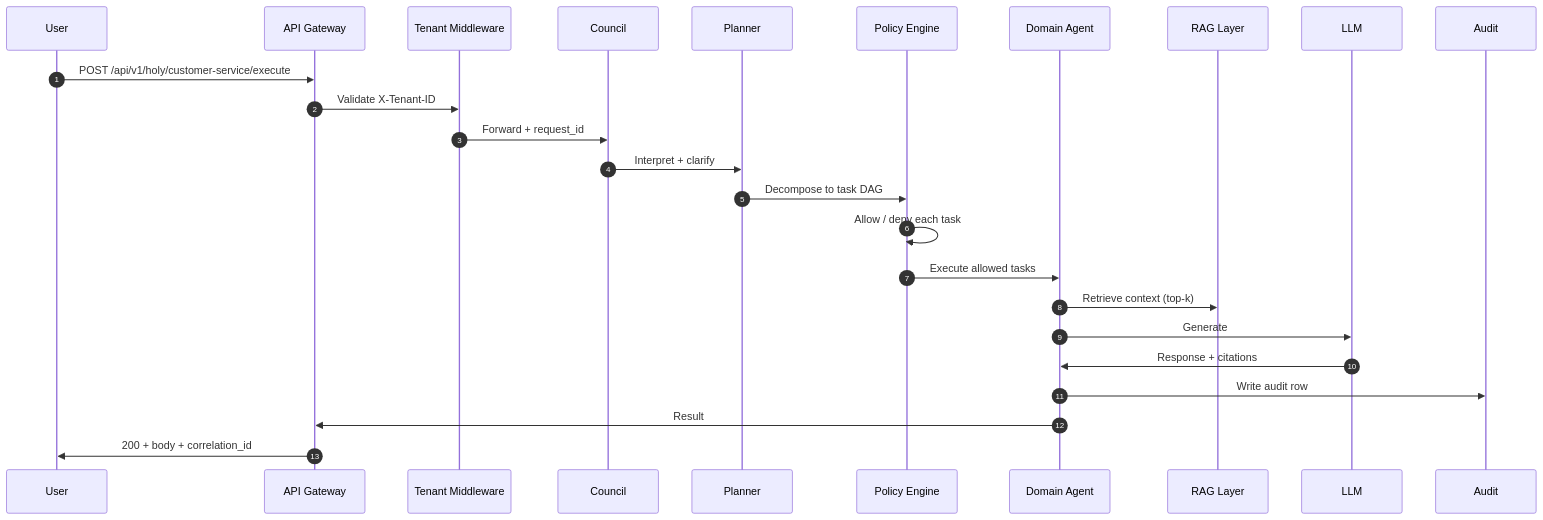
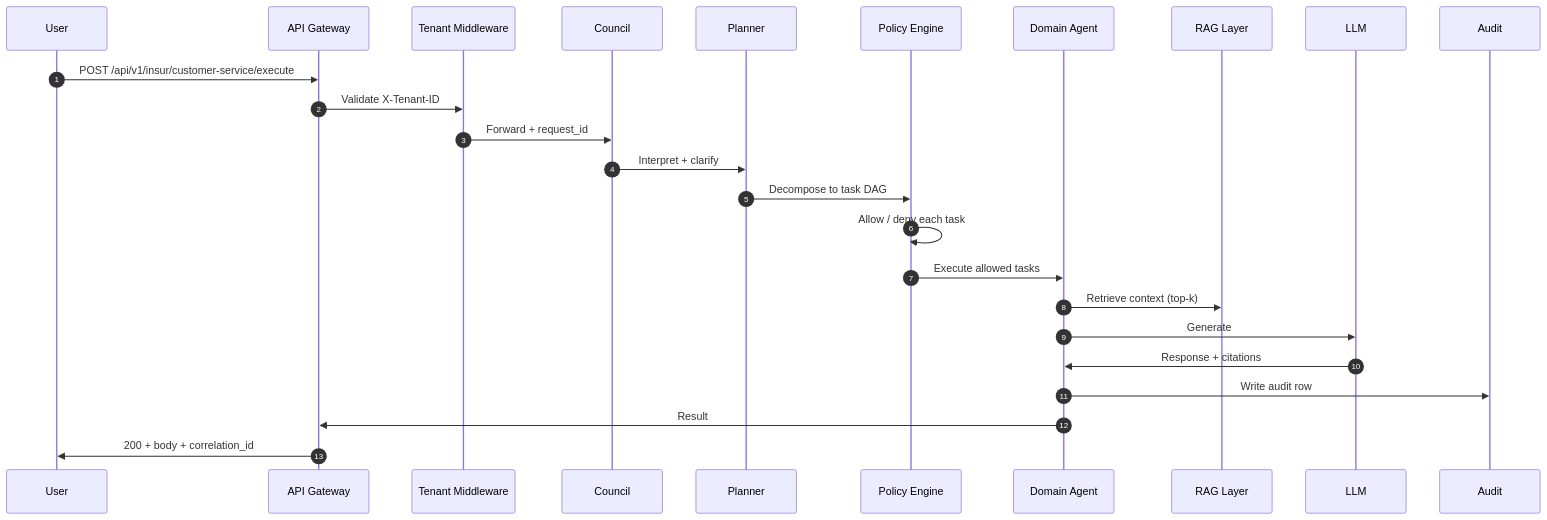
Before and after one commit to PraveenAsthana123/insurance: the second of 2 diagrams in global-ai-org/departments/customer-service/business-layer/INSUR_ARCHITECTURE_FLOW.md, drawn with Mermaid. The commit also changed 974 other files, not shown here.

````diff
--- a/global-ai-org/departments/customer-service/business-layer/INSUR_ARCHITECTURE_FLOW.md
+++ b/global-ai-org/departments/customer-service/business-layer/INSUR_ARCHITECTURE_FLOW.md
@@ -89,28 +89,28 @@
 ```mermaid
 sequenceDiagram
     autonumber
     participant U as User
     participant GW as API Gateway
     participant TM as Tenant Middleware
     participant CO as Council
     participant PL as Planner
     participant PO as Policy Engine
     participant DA as Domain Agent
     participant RAG as RAG Layer
     participant LLM as LLM
     participant AU as Audit
 
-    U->>GW: POST /api/v1/holy/customer-service/execute
+    U->>GW: POST /api/v1/insur/customer-service/execute
     GW->>TM: Validate X-Tenant-ID
     TM->>CO: Forward + request_id
     CO->>PL: Interpret + clarify
     PL->>PO: Decompose to task DAG
     PO->>PO: Allow / deny each task
     PO->>DA: Execute allowed tasks
     DA->>RAG: Retrieve context (top-k)
     DA->>LLM: Generate
     LLM->>DA: Response + citations
     DA->>AU: Write audit row
     DA->>GW: Result
     GW->>U: 200 + body + correlation_id
 ```
````
